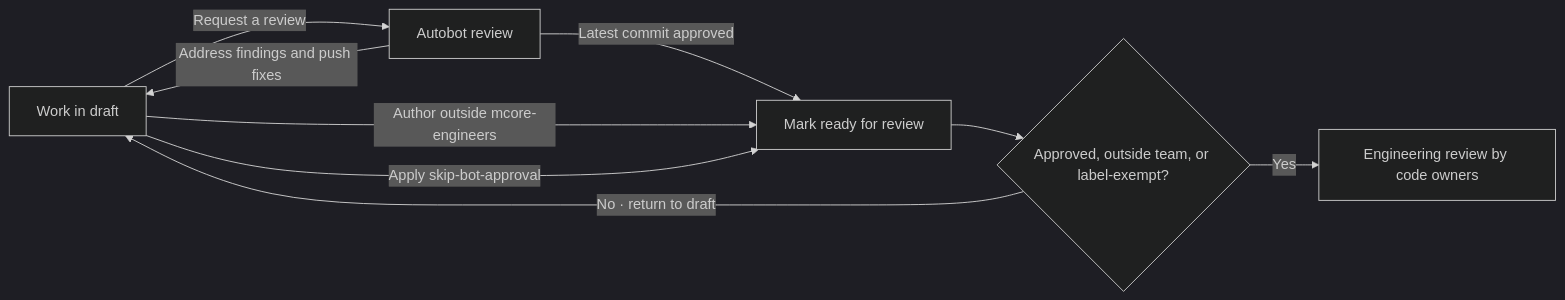
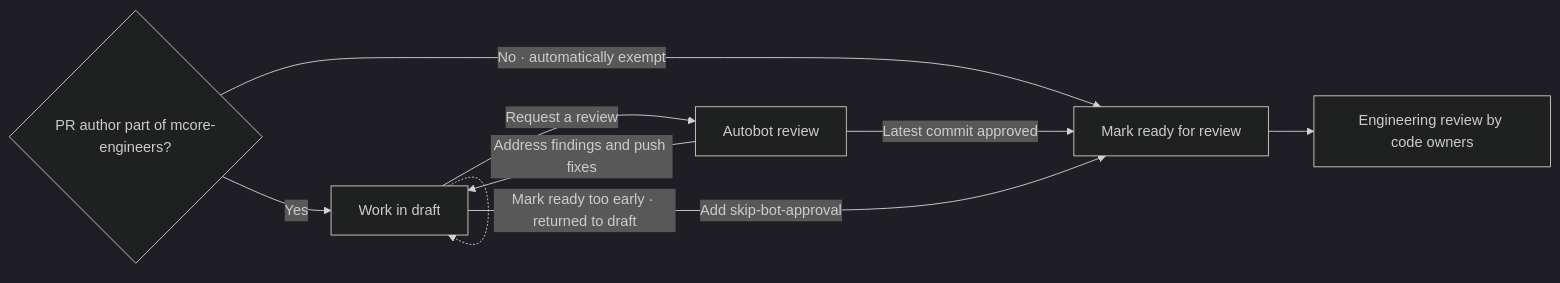
Before and after one commit to NVIDIA/Megatron-LM: the diagram in .github/autobot/draft-review.md, drawn with Mermaid (dark theme). The commit also changed other lines of this file, not shown here.

Commit message:
docs(review): show team membership first in the draft review flow

````diff
--- a/.github/autobot/draft-review.md
+++ b/.github/autobot/draft-review.md
@@ -8,11 +8,14 @@
 ```mermaid
 flowchart LR
-    D[Work in draft] -->|Request a review| B[Autobot review]
+    M{"PR author part of mcore-engineers?"}
+    M -->|No · automatically exempt| R[Mark ready for review]
+    M -->|Yes| D[Work in draft]
+
+    D -->|Request a review| B[Autobot review]
     B -->|Address findings and push fixes| D
-    B -->|Latest commit approved| R[Mark ready for review]
-    D -->|Author outside mcore-engineers| R
-    D -->|Apply skip-bot-approval| R
-    R --> G{Approved, outside team, or label-exempt?}
-    G -->|No · return to draft| D
-    G -->|Yes| E[Engineering review by code owners]
+    B -->|Latest commit approved| R
+    D -->|Add skip-bot-approval| R
+    D -.->|Mark ready too early · returned to draft| D
+
+    R --> E[Engineering review by code owners]
 ```
````
